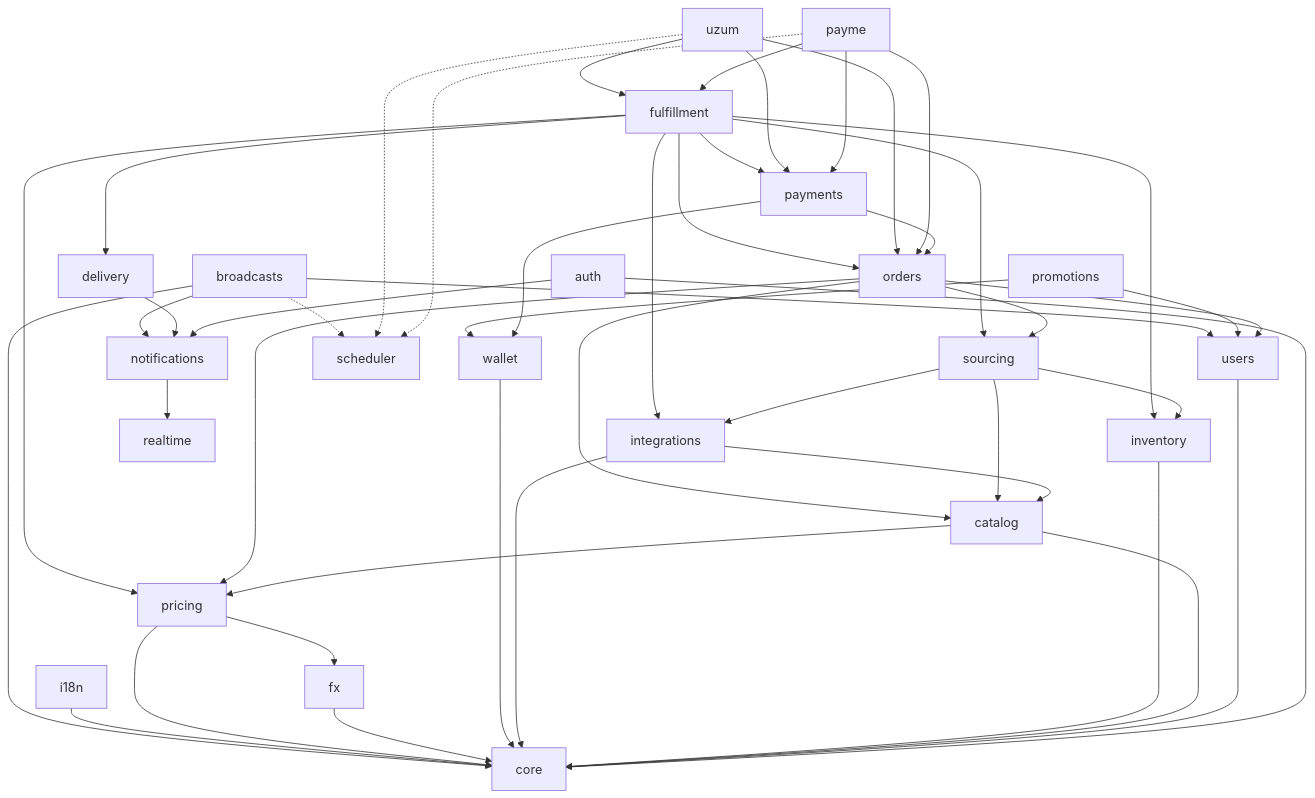
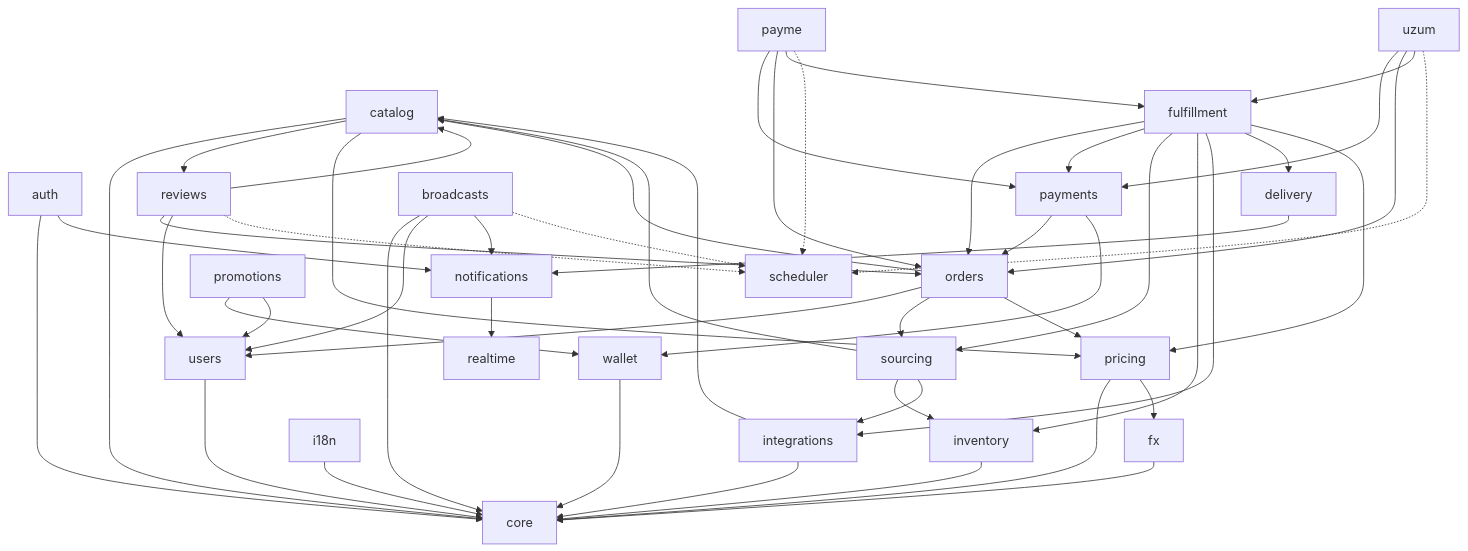
Before and after one commit to jamaomonov/yupay: the diagram in docs/architecture/module-map.md, drawn with Mermaid. The commit also changed other lines of this file and 7 other files, not shown here.

First line of the commit message:
docs(reviews): module map, ADR-0039, sequence diagrams, security notes

````diff
--- a/docs/architecture/module-map.md
+++ b/docs/architecture/module-map.md
@@ -36,51 +37,56 @@
 ```mermaid
 flowchart TB
     auth --> core
     auth --> notifications
     users --> core
     catalog --> core
     inventory --> core
     integrations --> core
     integrations --> catalog
     sourcing --> catalog
     sourcing --> inventory
     sourcing --> integrations
     orders --> catalog
     orders --> users
     orders --> sourcing
+    reviews --> catalog
+    reviews --> orders
+    reviews --> users
+    catalog --> reviews
+    reviews -.-> scheduler
     payments --> orders
     payments --> wallet
     payme --> payments
     payme --> orders
     payme --> fulfillment
     payme -.-> scheduler
     uzum --> payments
     uzum --> orders
     uzum --> fulfillment
     uzum -.-> scheduler
     click --> payments
     click --> orders
     click -.-> scheduler
     wallet --> core
     promotions --> wallet
     promotions --> users
     fulfillment --> orders
     fulfillment --> payments
     fulfillment --> sourcing
     fulfillment --> inventory
     fulfillment --> integrations
     fulfillment --> delivery
     delivery --> notifications
     notifications --> realtime
     fx --> core
     pricing --> core
     pricing --> fx
     catalog --> pricing
     orders --> pricing
     fulfillment --> pricing
     i18n --> core
     broadcasts --> core
     broadcasts --> users
     broadcasts --> notifications
     broadcasts -.-> scheduler
 ```
````
